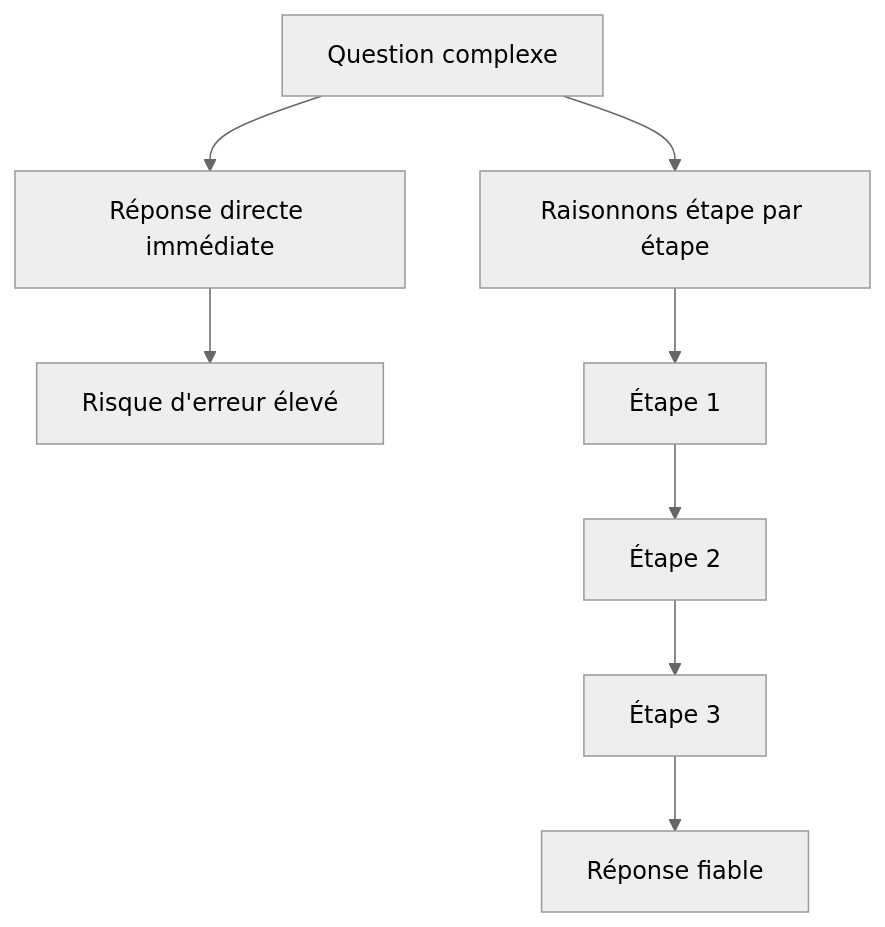
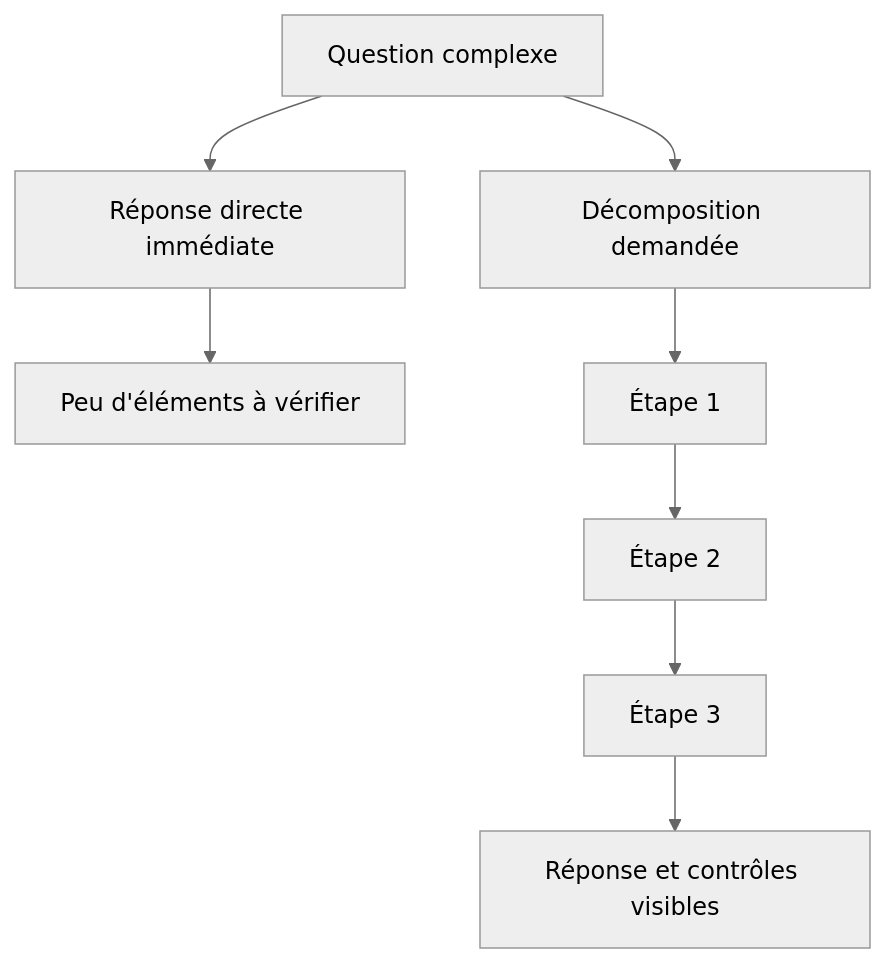
Before and after one commit to nicolassandoz/ia101: the diagram in prompt-engineering/chain-of-thought.mdx, drawn with Mermaid (neutral theme). The commit also changed other lines of this file and 16 other files, not shown here.

````diff
--- a/prompt-engineering/chain-of-thought.mdx
+++ b/prompt-engineering/chain-of-thought.mdx
@@ -49,11 +49,11 @@
 ```mermaid
 flowchart TD
     Q["Question complexe"]
     Q --> A["Réponse directe immédiate"]
-    A --> AR["Risque d'erreur élevé"]
-    Q --> B["Raisonnons étape par étape"]
+    A --> AR["Peu d'éléments à vérifier"]
+    Q --> B["Décomposition demandée"]
     B --> S1["Étape 1"]
     S1 --> S2["Étape 2"]
     S2 --> S3["Étape 3"]
-    S3 --> BR["Réponse fiable"]
+    S3 --> BR["Réponse et contrôles visibles"]
 ```
````
